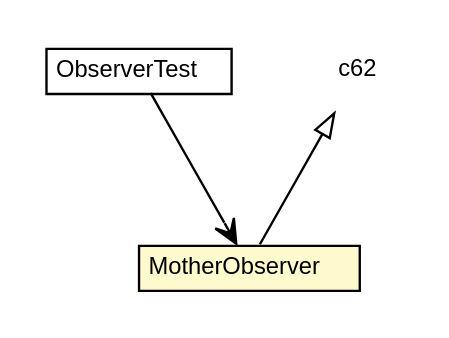
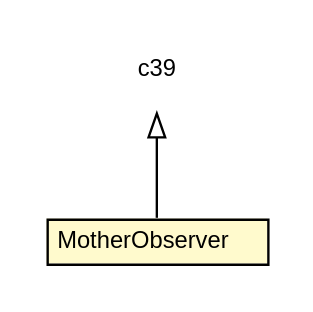
The diagram in dddlib-observer/testapidocs/org/dayatang/observer/domain/MotherObserver.dot (dayatang/dddlib), drawn with Graphviz before and after one commit. The commit also changed 113 other files, not shown here.

```diff
--- a/dddlib-observer/testapidocs/org/dayatang/observer/domain/MotherObserver.dot
+++ b/dddlib-observer/testapidocs/org/dayatang/observer/domain/MotherObserver.dot
@@ -1,28 +1,20 @@
 #!/usr/local/bin/dot
 #
 # Class diagram 
 # Generated by UMLGraph version R5_6_6-8-g8d7759 (http://www.umlgraph.org/)
 #
 
 digraph G {
 	edge [fontname="Helvetica",fontsize=10,labelfontname="Helvetica",labelfontsize=10];
 	node [fontname="Helvetica",fontsize=10,shape=plaintext];
 	nodesep=0.25;
 	ranksep=0.5;
-	// org.dayatang.observer.domain.ObserverTest
-	c57 [label=<<table title="org.dayatang.observer.domain.ObserverTest" border="0" cellborder="1" cellspacing="0" cellpadding="2" port="p" href="./ObserverTest.html">
-		<tr><td><table border="0" cellspacing="0" cellpadding="1">
-<tr><td align="center" balign="center"> ObserverTest </td></tr>
-		</table></td></tr>
-		</table>>, URL="./ObserverTest.html", fontname="Helvetica", fontcolor="black", fontsize=10.0];
 	// org.dayatang.observer.domain.MotherObserver
-	c58 [label=<<table title="org.dayatang.observer.domain.MotherObserver" border="0" cellborder="1" cellspacing="0" cellpadding="2" port="p" bgcolor="lemonChiffon" href="./MotherObserver.html">
+	c35 [label=<<table title="org.dayatang.observer.domain.MotherObserver" border="0" cellborder="1" cellspacing="0" cellpadding="2" port="p" bgcolor="lemonChiffon" href="./MotherObserver.html">
 		<tr><td><table border="0" cellspacing="0" cellpadding="1">
 <tr><td align="center" balign="center"> MotherObserver </td></tr>
 		</table></td></tr>
 		</table>>, URL="./MotherObserver.html", fontname="Helvetica", fontcolor="black", fontsize=10.0];
 	//org.dayatang.observer.domain.MotherObserver extends <any>
-	c62:p -> c58:p [dir=back,arrowtail=empty];
-	// org.dayatang.observer.domain.ObserverTest NAVASSOC org.dayatang.observer.domain.MotherObserver
-	c57:p -> c58:p [taillabel="", label=" "headlabel="", fontname="Helvetica", fontcolor="black", fontsize=10.0, color="black", arrowhead=open];
+	c39:p -> c35:p [dir=back,arrowtail=empty];
 }
```
